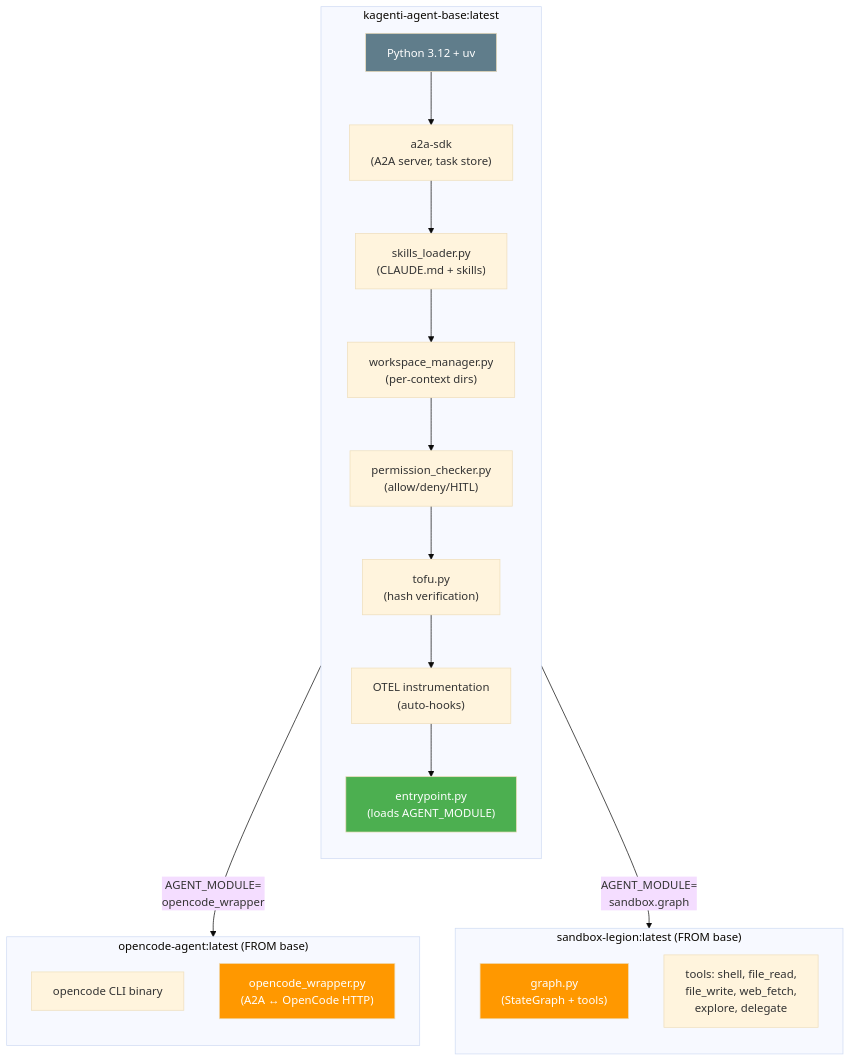
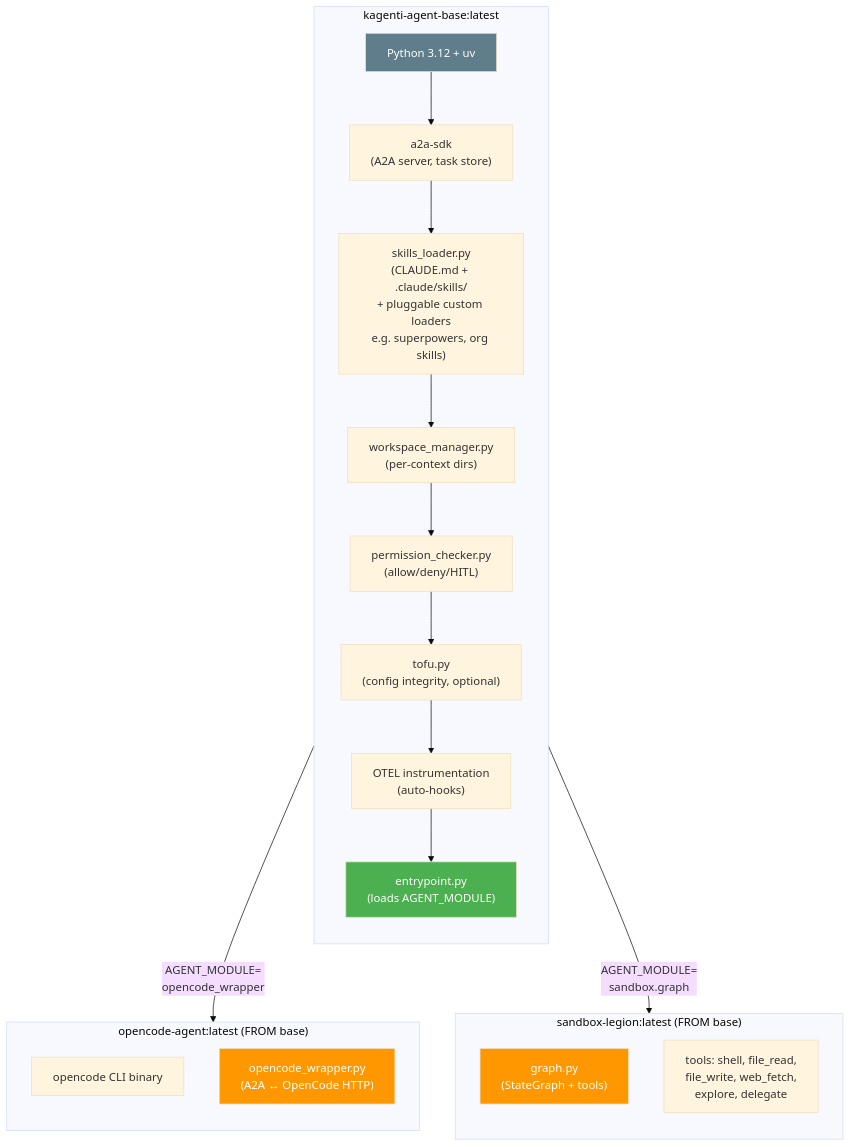
Before and after one commit to kagenti/kagenti: the fourth of 10 diagrams in docs/plans/2026-03-04-platform-agent-runtime-design.md, drawn with Mermaid (base theme). The commit also changed other lines of this file, not shown here.

First line of the commit message:
docs: add SandboxClaim orchestration + pluggable Skills Loader to design (Session G)

````diff
--- a/docs/plans/2026-03-04-platform-agent-runtime-design.md
+++ b/docs/plans/2026-03-04-platform-agent-runtime-design.md
@@ -160,42 +169,42 @@
 ```mermaid
 graph TB
     subgraph "kagenti-agent-base:latest"
         direction TB
         BASE["Python 3.12 + uv"]
         A2ASDK["a2a-sdk<br/>(A2A server, task store)"]
-        SKILLS["skills_loader.py<br/>(CLAUDE.md + skills)"]
+        SKILLS["skills_loader.py<br/>(CLAUDE.md + .claude/skills/<br/>+ pluggable custom loaders<br/>e.g. superpowers, org skills)"]
         WORKSPACE["workspace_manager.py<br/>(per-context dirs)"]
         PERMS["permission_checker.py<br/>(allow/deny/HITL)"]
-        TOFUV["tofu.py<br/>(hash verification)"]
+        TOFUV["tofu.py<br/>(config integrity, optional)"]
         OTELI["OTEL instrumentation<br/>(auto-hooks)"]
         ENTRY["entrypoint.py<br/>(loads AGENT_MODULE)"]
     end
 
     subgraph "sandbox-legion:latest (FROM base)"
         direction TB
         GRAPH["graph.py<br/>(StateGraph + tools)"]
         TOOLS["tools: shell, file_read,<br/>file_write, web_fetch,<br/>explore, delegate"]
     end
 
     subgraph "opencode-agent:latest (FROM base)"
         direction TB
         OCBIN["opencode CLI binary"]
         WRAP["opencode_wrapper.py<br/>(A2A ↔ OpenCode HTTP)"]
     end
 
     BASE --> A2ASDK
     A2ASDK --> SKILLS
     SKILLS --> WORKSPACE
     WORKSPACE --> PERMS
     PERMS --> TOFUV
     TOFUV --> OTELI
     OTELI --> ENTRY
 
     ENTRY -->|"AGENT_MODULE=<br/>sandbox.graph"| GRAPH
     ENTRY -->|"AGENT_MODULE=<br/>opencode_wrapper"| WRAP
 
     style BASE fill:#607D8B,color:white
     style ENTRY fill:#4CAF50,color:white
     style GRAPH fill:#FF9800,color:white
     style WRAP fill:#FF9800,color:white
 ```
````
